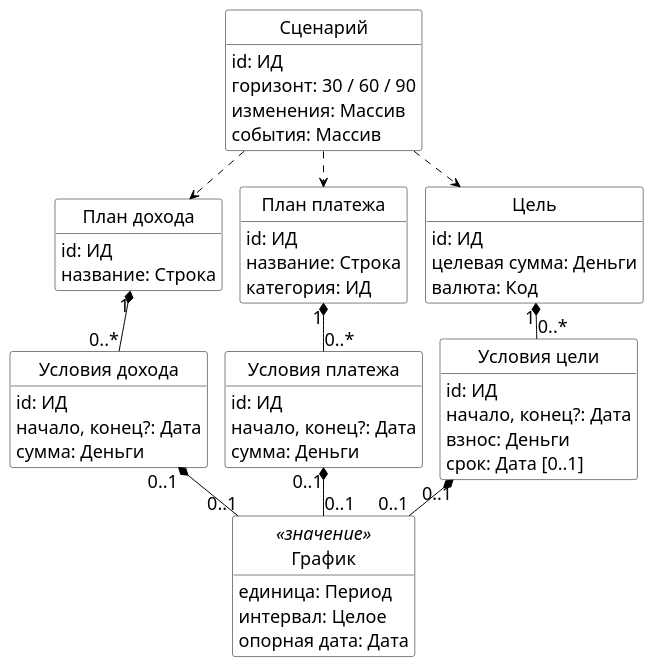
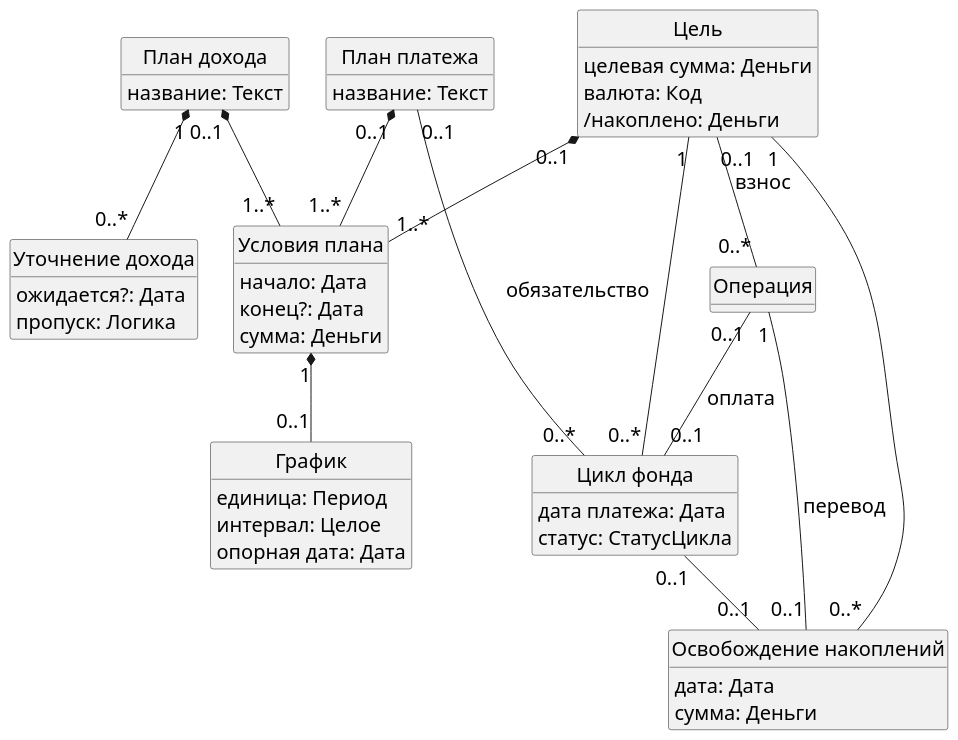
The diagram in output/thesis/figures/09-domain-plans.puml (Tiroras/lad-finance), drawn with PlantUML before and after one commit. The commit also changed 23 other files, not shown here.

```diff
--- a/output/thesis/figures/09-domain-plans.puml
+++ b/output/thesis/figures/09-domain-plans.puml
@@ -1,75 +1,56 @@
 @startuml
-!pragma layout smetana
 skinparam backgroundColor white
 skinparam shadowing false
 skinparam defaultFontName Arial
-skinparam defaultFontSize 18
-skinparam classFontSize 19
-skinparam classAttributeFontSize 18
-skinparam ArrowFontSize 18
-skinparam classBackgroundColor white
-skinparam classBorderColor black
-skinparam ArrowColor black
+skinparam defaultFontSize 20
 skinparam classAttributeIconSize 0
-skinparam nodesep 22
-skinparam ranksep 25
 hide circle
 hide methods
-
-class "Сценарий" as Scenario {
-  id: ИД
-  горизонт: 30 / 60 / 90
-  изменения: Массив
-  события: Массив
-}
 class "План дохода" as Income {
-  id: ИД
-  название: Строка
+  название: Текст
 }
 class "План платежа" as Payment {
-  id: ИД
-  название: Строка
-  категория: ИД
+  название: Текст
 }
 class "Цель" as Goal {
-  id: ИД
   целевая сумма: Деньги
   валюта: Код
+  /накоплено: Деньги
 }
-class "Условия дохода" as IncomeTerms {
-  id: ИД
-  начало, конец?: Дата
+class "Условия плана" as Terms {
+  начало: Дата
+  конец?: Дата
   сумма: Деньги
 }
-class "Условия платежа" as PaymentTerms {
-  id: ИД
-  начало, конец?: Дата
-  сумма: Деньги
-}
-class "Условия цели" as GoalTerms {
-  id: ИД
-  начало, конец?: Дата
-  взнос: Деньги
-  срок: Дата [0..1]
-}
-class "График" as Schedule <<значение>> {
+class "График" as Schedule {
   единица: Период
   интервал: Целое
   опорная дата: Дата
 }
-
-Income -[hidden]right- Payment
-Payment -[hidden]right- Goal
-IncomeTerms -[hidden]right- PaymentTerms
-PaymentTerms -[hidden]right- GoalTerms
-Scenario ..> Income
-Scenario ..> Payment
-Scenario ..> Goal
-Income "1" *-down- "0..*" IncomeTerms
-Payment "1" *-down- "0..*" PaymentTerms
-Goal "1" *-down- "0..*" GoalTerms
-IncomeTerms "0..1" *-down- "0..1" Schedule
-PaymentTerms "0..1" *-down- "0..1" Schedule
-GoalTerms "0..1" *-down- "0..1" Schedule
-
+class "Цикл фонда" as FundCycle {
+  дата платежа: Дата
+  статус: СтатусЦикла
+}
+class "Освобождение накоплений" as Release {
+  дата: Дата
+  сумма: Деньги
+}
+class "Операция" as Transaction {
+}
+class "Уточнение дохода" as IncomeOverride {
+  ожидается?: Дата
+  пропуск: Логика
+}
+Income "0..1" *-- "1..*" Terms
+Payment "0..1" *-- "1..*" Terms
+Goal "0..1" *-- "1..*" Terms
+Terms "1" *-- "0..1" Schedule
+Income "1" *-- "0..*" IncomeOverride
+Goal "1" -- "0..*" FundCycle
+Goal "1" -- "0..*" Release
+FundCycle "0..1" -- "0..1" Release
+Transaction "1" -- "0..1" Release : перевод
+Payment "0..1" -- "0..*" FundCycle : обязательство
+Transaction "0..1" -- "0..1" FundCycle : оплата
+Goal "0..1" -- "0..*" Transaction : взнос
 @enduml
```
